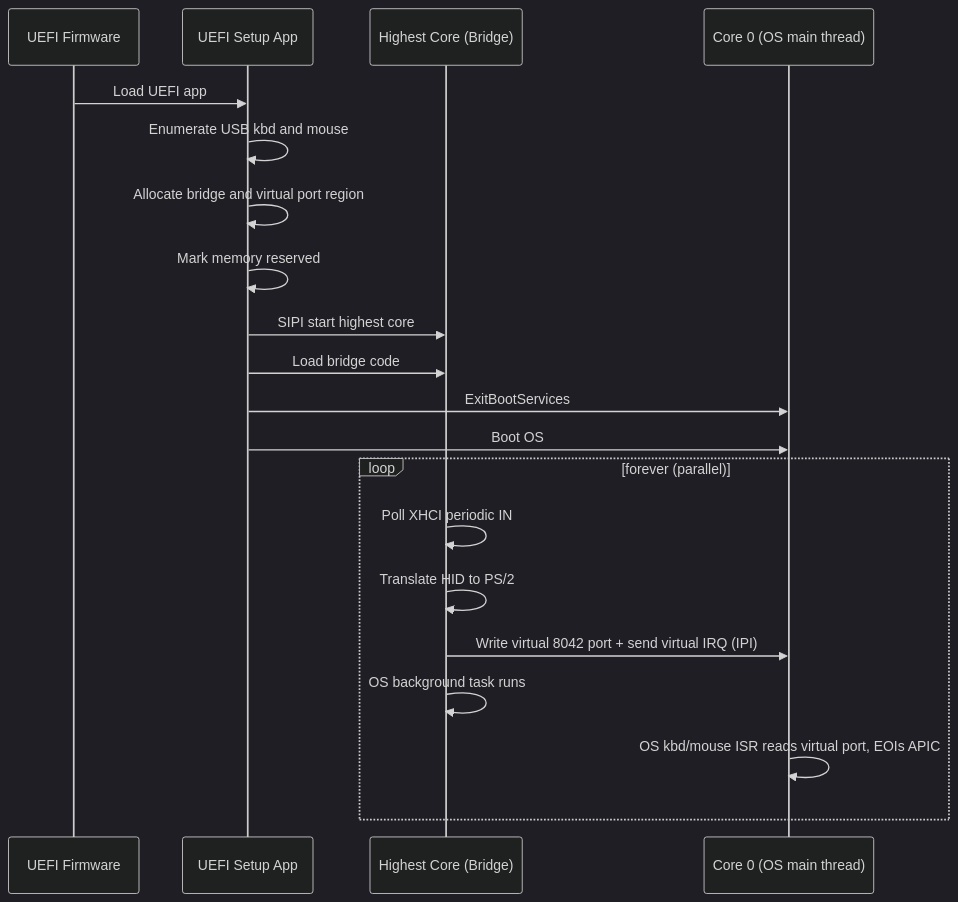
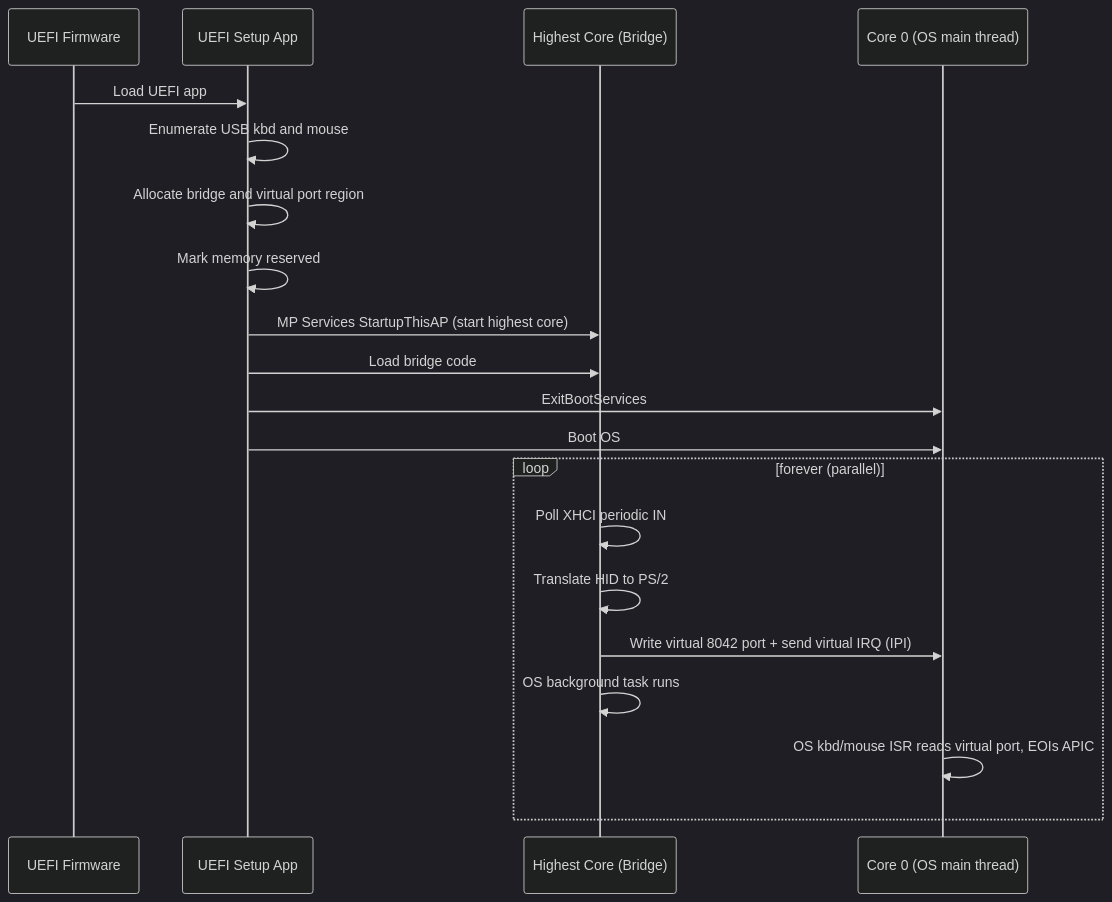
One commit to matjp/USB-Serial-Bridge changed the second of 2 diagrams in docs/architecture.md. Above: the diagram before and after it, drawn with Mermaid (dark theme). The commit also changed other lines of this file and 3 other files, not shown here.

````diff
--- a/docs/architecture.md
+++ b/docs/architecture.md
@@ -383,22 +384,22 @@
 ```mermaid
 sequenceDiagram
     participant FW as UEFI Firmware
     participant APP as UEFI Setup App
     participant CN as Highest Core (Bridge)
     participant C0 as Core 0 (OS main thread)
     FW->>APP: Load UEFI app
     APP->>APP: Enumerate USB kbd and mouse
     APP->>APP: Allocate bridge and virtual port region
     APP->>APP: Mark memory reserved
-    APP->>CN: SIPI start highest core
+    APP->>CN: MP Services StartupThisAP (start highest core)
     APP->>CN: Load bridge code
     APP->>C0: ExitBootServices
     APP->>C0: Boot OS
     loop forever (parallel)
         CN->>CN: Poll XHCI periodic IN
         CN->>CN: Translate HID to PS/2
         CN->>C0: Write virtual 8042 port + send virtual IRQ (IPI)
         CN->>CN: OS background task runs
         C0->>C0: OS kbd/mouse ISR reads virtual port, EOIs APIC
     end
 ```
````
